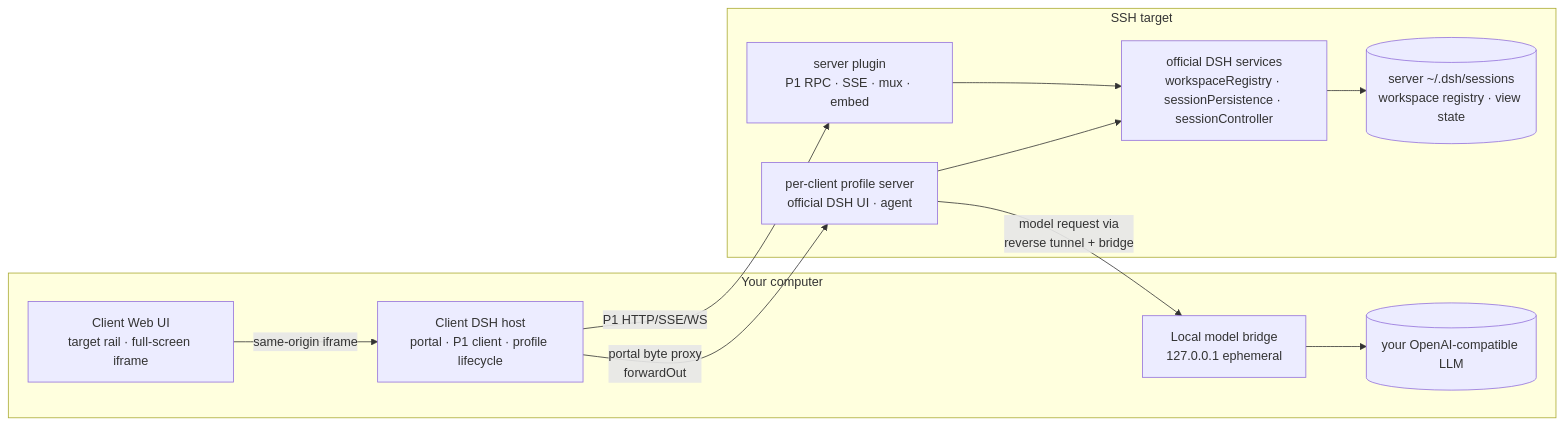
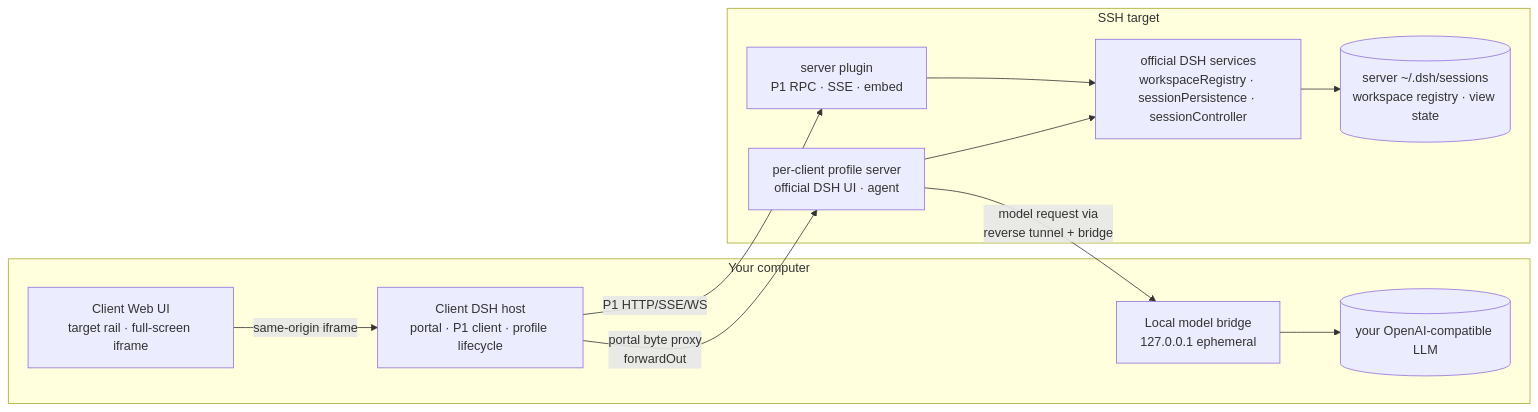
One commit to graydovee/dsh-remote-window changed the diagram in README.md. Above: the diagram before and after it, drawn with Mermaid. The commit also changed other lines of this file and 140 other files, not shown here.

````diff
--- a/README.md
+++ b/README.md
@@ -89,22 +89,22 @@
 ```mermaid
 flowchart LR
   subgraph client [Your computer]
     UI[Client Web UI<br/>target rail · full-screen iframe]
     CHOST[Client DSH host<br/>portal · P1 client · profile lifecycle]
     LOCAL[Local model bridge<br/>127.0.0.1 ephemeral]
     LLM[(your OpenAI-compatible LLM)]
   end
   subgraph server [SSH target]
     PROF[per-client profile server<br/>official DSH UI · agent]
-    PLUG[server plugin<br/>P1 RPC · SSE · mux · embed]
+    PLUG[server plugin<br/>P1 RPC · SSE · embed]
     OFF[official DSH services<br/>workspaceRegistry · sessionPersistence · sessionController]
     LOG[(server ~/.dsh/sessions<br/>workspace registry · view state)]
   end
   UI -->|same-origin iframe| CHOST
   CHOST -->|portal byte proxy<br/>forwardOut| PROF
   CHOST -->|P1 HTTP/SSE/WS| PLUG
   PROF -->|model request via<br/>reverse tunnel + bridge| LOCAL
   LOCAL --> LLM
   PLUG --> OFF --> LOG
   PROF --> OFF
 ```
````
